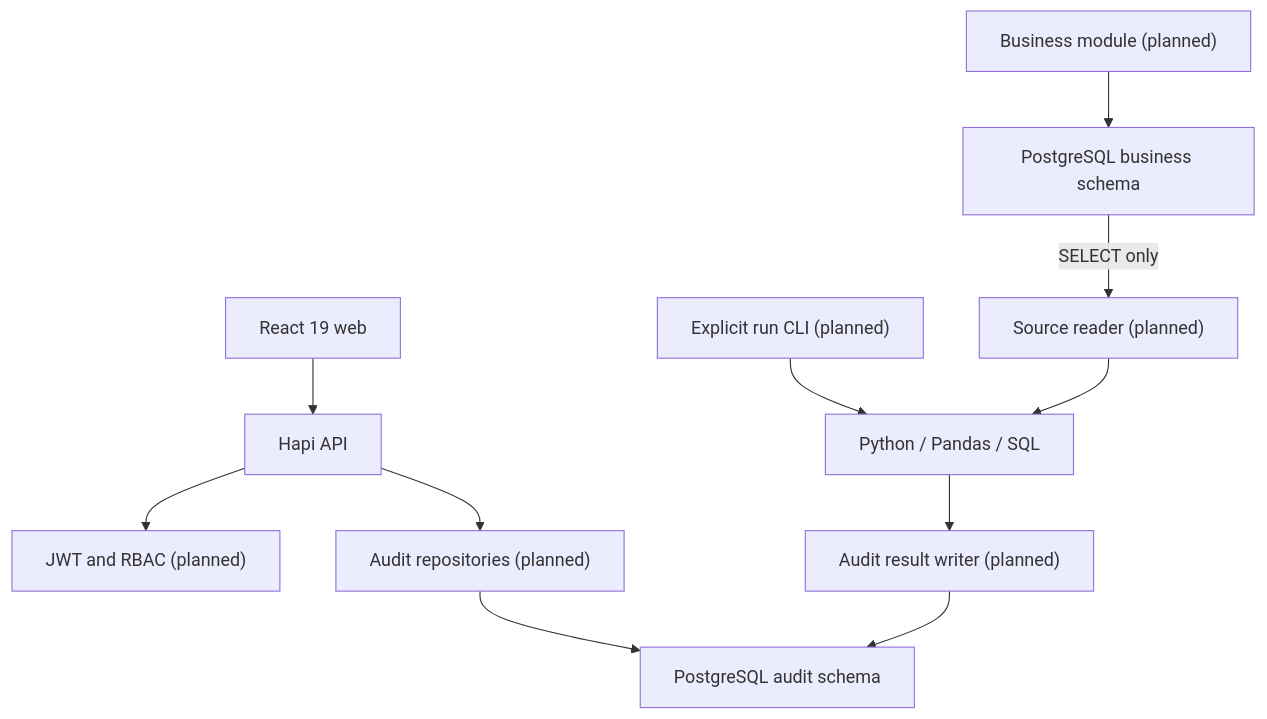
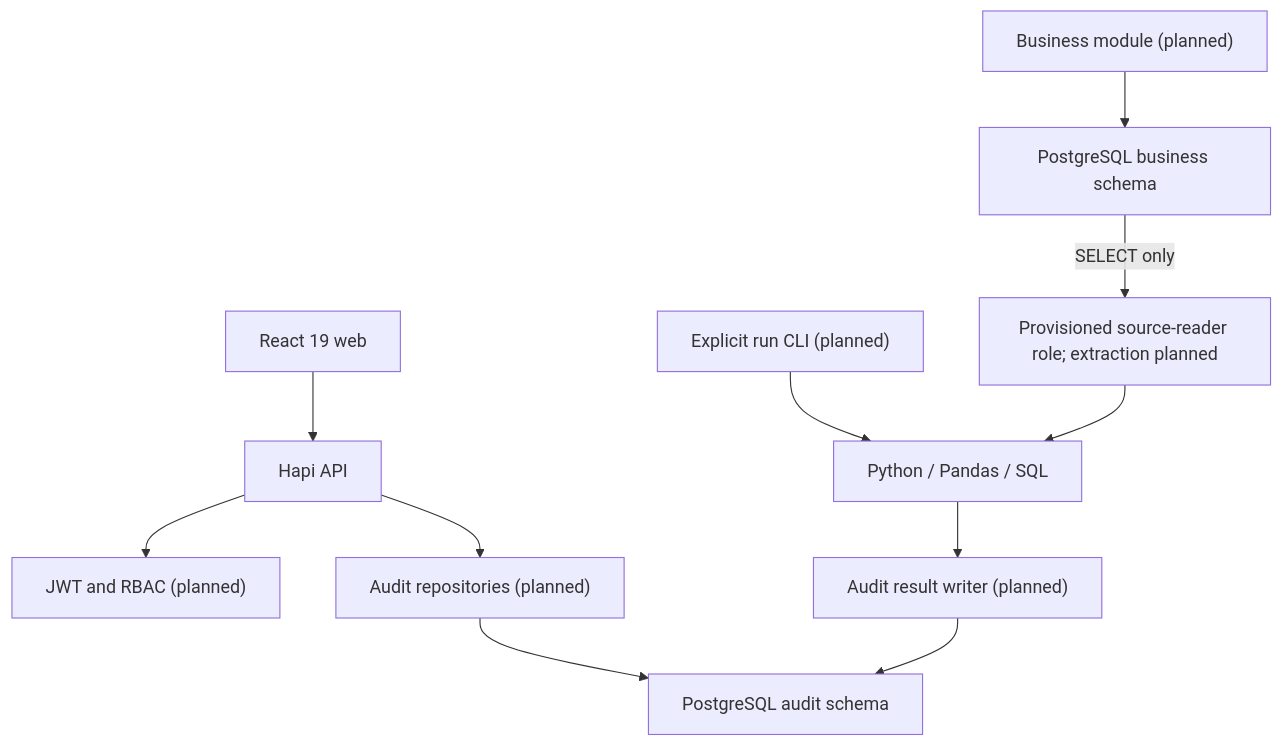
The third of 6 diagrams in docs/03-SYSTEM-ARCHITECTURE.md (wallsieiswallsie/AuditLens), drawn with Mermaid before and after one commit. The commit also changed other lines of this file and 47 other files, not shown here.

Commit message:
feat: add safe database inspection and source reader provisioning

````diff
--- a/docs/03-SYSTEM-ARCHITECTURE.md
+++ b/docs/03-SYSTEM-ARCHITECTURE.md
@@ -17,13 +36,13 @@
 ```mermaid
 flowchart TB
   Web["React 19 web"] --> API["Hapi API"]
   API --> Auth["JWT and RBAC (planned)"]
   API --> AuditRepo["Audit repositories (planned)"]
   AuditRepo --> AuditDB["PostgreSQL audit schema"]
   Demo["Business module (planned)"] --> BizDB["PostgreSQL business schema"]
   CLI["Explicit run CLI (planned)"] --> Engine["Python / Pandas / SQL"]
-  BizDB -->|SELECT only| Reader["Source reader (planned)"]
+  BizDB -->|SELECT only| Reader["Provisioned source-reader role; extraction planned"]
   Reader --> Engine
   Engine --> Writer["Audit result writer (planned)"]
   Writer --> AuditDB
 ```
````
